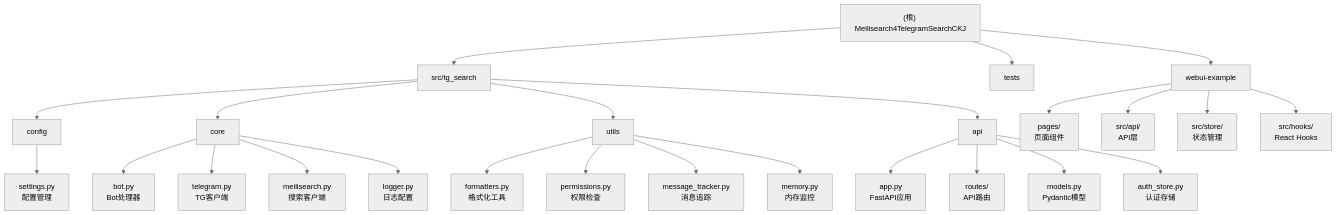
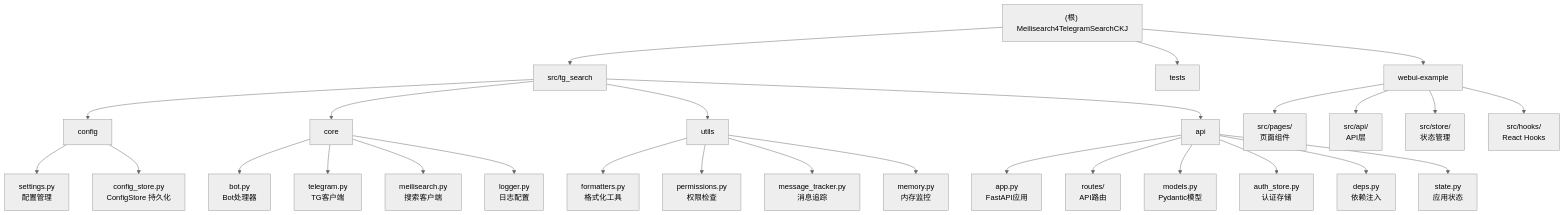
The second of 2 diagrams in CLAUDE.md (clionertr/Meilisearch4TelegramSearchCKJ), drawn with Mermaid (neutral theme) before and after one commit. The commit also changed other lines of this file and 5 other files, not shown here.

````diff
--- a/CLAUDE.md
+++ b/CLAUDE.md
@@ -114,35 +127,38 @@
 ```mermaid
 graph TD
     A["(根) Meilisearch4TelegramSearchCKJ"] --> B["src/tg_search"];
     B --> C["config"];
     B --> D["core"];
     B --> E["utils"];
     B --> G["api"];
     A --> F["tests"];
     A --> H["webui-example"];
 
     C --> C1["settings.py<br/>配置管理"];
+    C --> C2["config_store.py<br/>ConfigStore 持久化"];
     D --> D1["bot.py<br/>Bot处理器"];
     D --> D2["telegram.py<br/>TG客户端"];
     D --> D3["meilisearch.py<br/>搜索客户端"];
     D --> D4["logger.py<br/>日志配置"];
     E --> E1["formatters.py<br/>格式化工具"];
     E --> E2["permissions.py<br/>权限检查"];
     E --> E3["message_tracker.py<br/>消息追踪"];
     E --> E4["memory.py<br/>内存监控"];
     G --> G1["app.py<br/>FastAPI应用"];
     G --> G2["routes/<br/>API路由"];
     G --> G3["models.py<br/>Pydantic模型"];
     G --> G4["auth_store.py<br/>认证存储"];
-    H --> H1["pages/<br/>页面组件"];
+    G --> G5["deps.py<br/>依赖注入"];
+    G --> G6["state.py<br/>应用状态"];
+    H --> H1["src/pages/<br/>页面组件"];
     H --> H2["src/api/<br/>API层"];
     H --> H3["src/store/<br/>状态管理"];
     H --> H4["src/hooks/<br/>React Hooks"];
 
     click C "./src/tg_search/config/CLAUDE.md" "查看 config 模块文档"
     click D "./src/tg_search/core/CLAUDE.md" "查看 core 模块文档"
     click E "./src/tg_search/utils/CLAUDE.md" "查看 utils 模块文档"
     click G "./src/tg_search/api/CLAUDE.md" "查看 api 模块文档"
     click F "./tests/CLAUDE.md" "查看 tests 模块文档"
     click H "./webui-example/CLAUDE.md" "查看 webui-example 模块文档"
 ```
````
